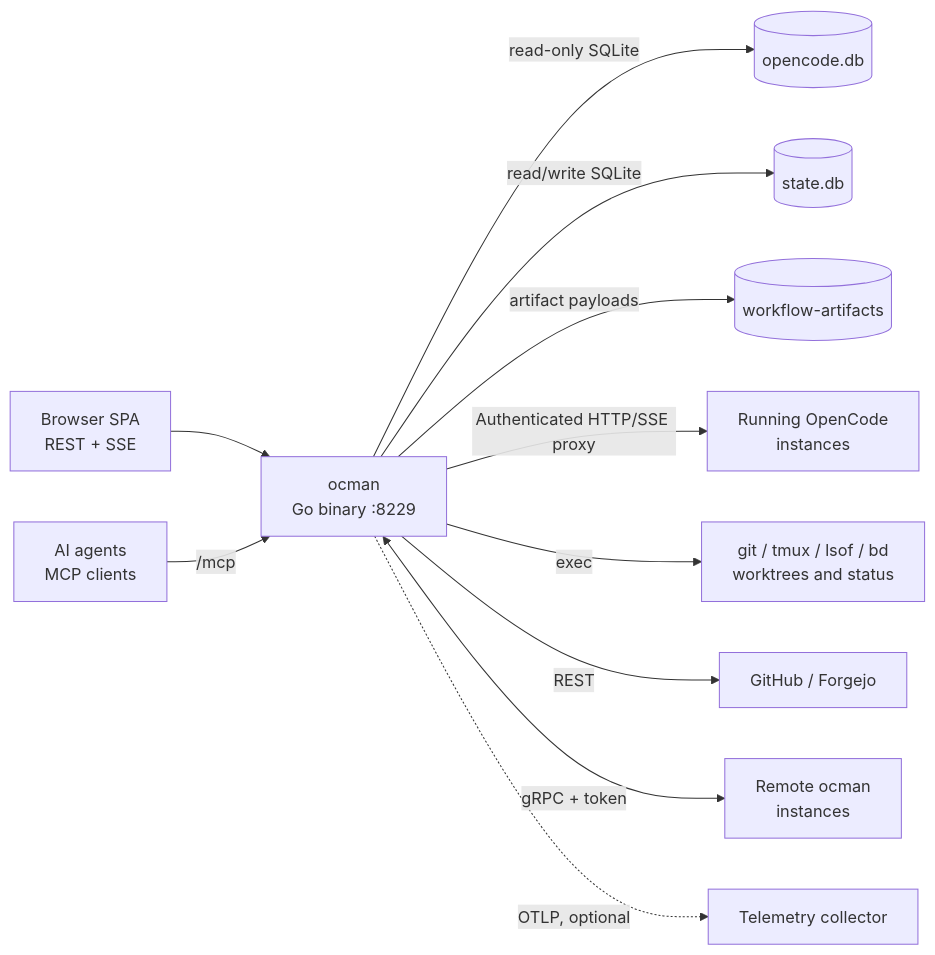
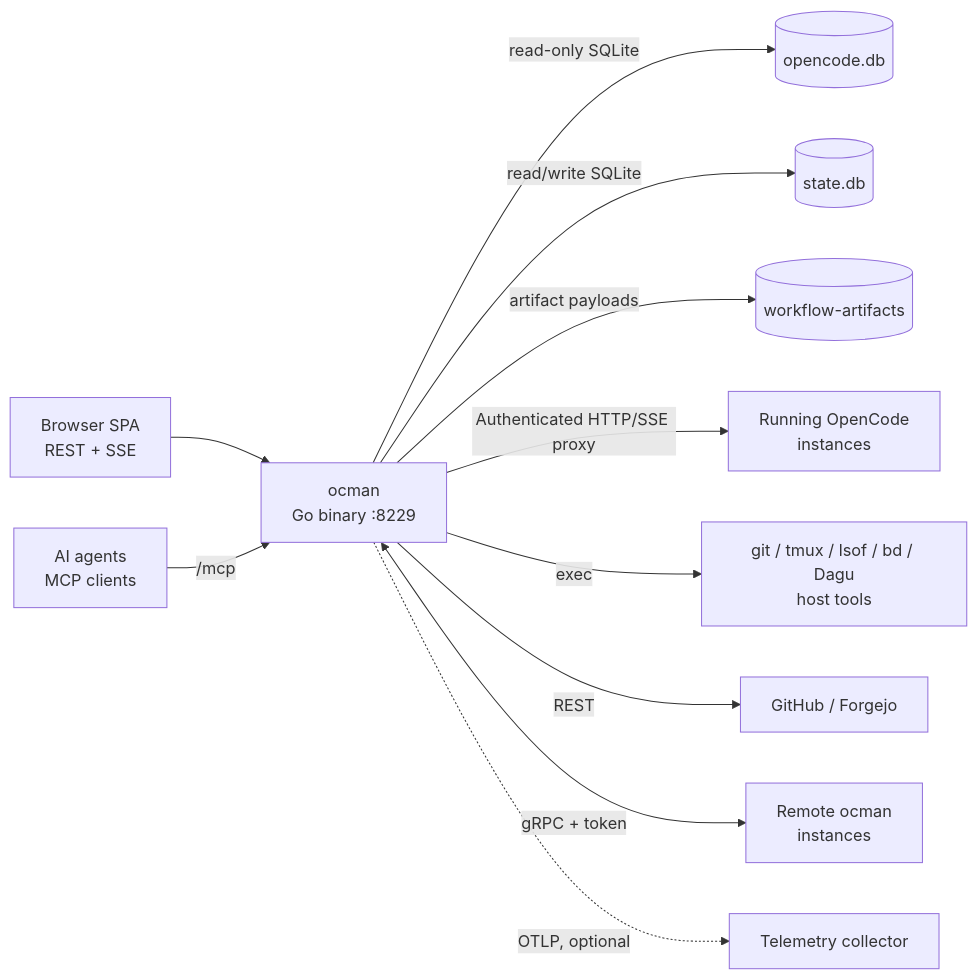
Before and after one commit to ocman/ocman: the first of 4 diagrams in docs/architecture.md, drawn with Mermaid. The commit also changed other lines of this file and 22 other files, not shown here.

````diff
--- a/docs/architecture.md
+++ b/docs/architecture.md
@@ -15,13 +15,13 @@
 ```mermaid
 flowchart LR
     Browser[Browser SPA<br/>REST + SSE] --> Ocman[ocman<br/>Go binary :8229]
     Agent[AI agents<br/>MCP clients] -->|/mcp| Ocman
     Ocman -->|read-only SQLite| OCDB[(opencode.db)]
     Ocman -->|read/write SQLite| StateDB[(state.db)]
     Ocman -->|artifact payloads| Blobs[(workflow-artifacts)]
     Ocman -->|Authenticated HTTP/SSE proxy| OCInst[Running OpenCode<br/>instances]
-    Ocman -->|exec| Shell[git / tmux / lsof / bd<br/>worktrees and status]
+    Ocman -->|exec| Shell[git / tmux / lsof / bd / Dagu<br/>host tools]
     Ocman -->|REST| Forges[GitHub / Forgejo]
     Ocman <-->|gRPC + token| Remotes[Remote ocman<br/>instances]
     Ocman -.->|OTLP, optional| Otel[Telemetry collector]
 ```
````
